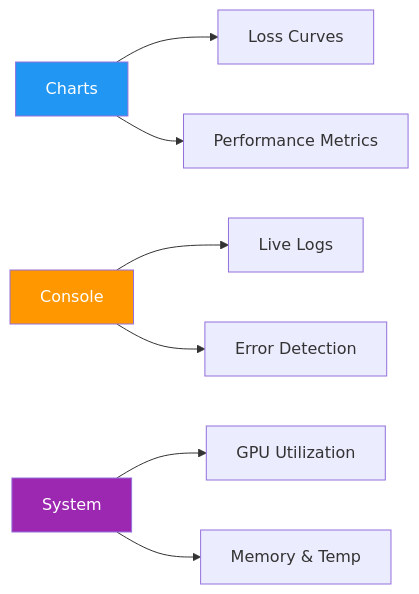
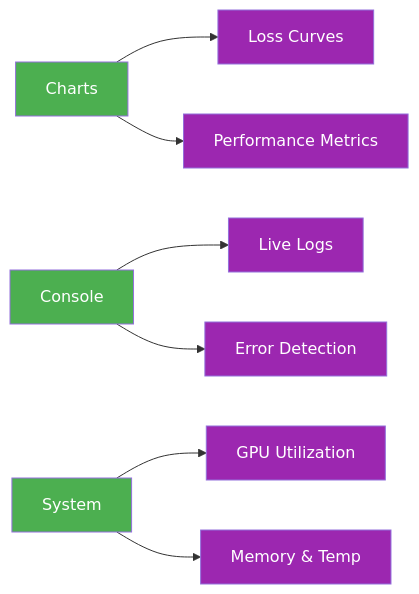
The second of 2 diagrams in docs/en/platform/train/index.md (medusa717/AI-ULTRALYTICS), drawn with Mermaid before and after one commit. The commit also changed other lines of this file and 18 other files, not shown here.

Commit message:
Standardize Mermaid diagram colors across docs (#24932)

````diff
--- a/docs/en/platform/train/index.md
+++ b/docs/en/platform/train/index.md
@@ -87,13 +85,12 @@
 ```mermaid
 graph LR
-    A[Charts] --> B[Loss Curves]
-    A --> C[Performance Metrics]
-    D[Console] --> E[Live Logs]
-    D --> F[Error Detection]
-    G[System] --> H[GPU Utilization]
-    G --> I[Memory & Temp]
+    A[Charts]:::start --> B[Loss Curves]:::out
+    A --> C[Performance Metrics]:::out
+    D[Console]:::start --> E[Live Logs]:::out
+    D --> F[Error Detection]:::out
+    G[System]:::start --> H[GPU Utilization]:::out
+    G --> I[Memory & Temp]:::out
 
-    style A fill:#2196F3,color:#fff
-    style D fill:#FF9800,color:#fff
-    style G fill:#9C27B0,color:#fff
+    classDef start fill:#4CAF50,color:#fff
+    classDef out fill:#9C27B0,color:#fff
 ```
````
